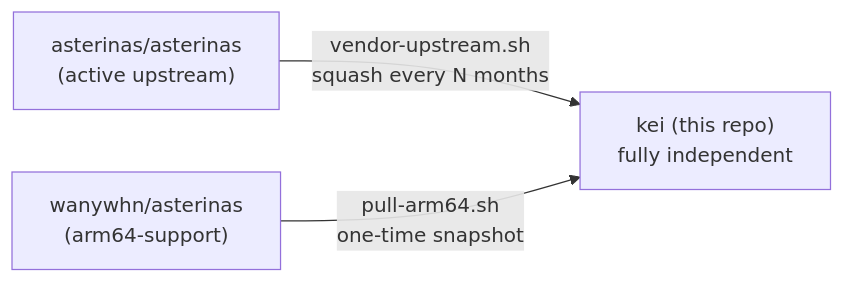
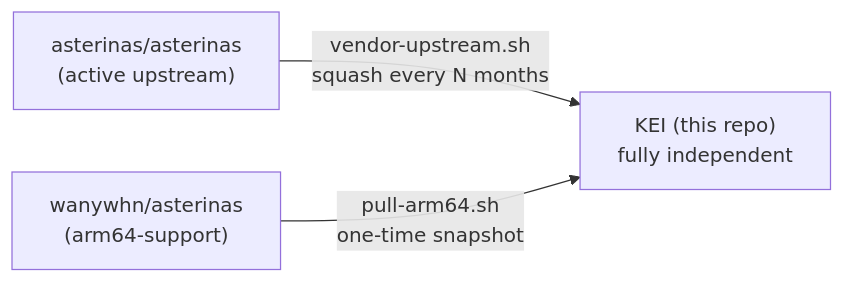
One commit to celestia-island/kei changed the first of 2 diagrams in README.md. Above: the diagram before and after it, drawn with Mermaid. The commit also changed other lines of this file and 9 other files, not shown here.

````diff
--- a/README.md
+++ b/README.md
@@ -41,5 +41,5 @@
 ```mermaid
 flowchart LR
-    UP["asterinas/asterinas\n(active upstream)"] -->|vendor-upstream.sh\nsquash every N months| KEI["kei (this repo)\nfully independent"]
+    UP["asterinas/asterinas\n(active upstream)"] -->|vendor-upstream.sh\nsquash every N months| KEI["KEI (this repo)\nfully independent"]
     WNY["wanywhn/asterinas\n(arm64-support)"] -->|pull-arm64.sh\none-time snapshot| KEI
 ```
````
